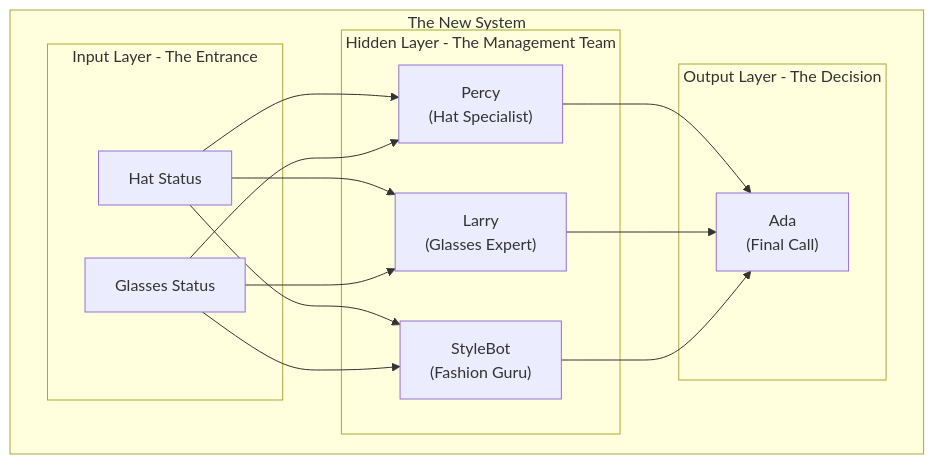
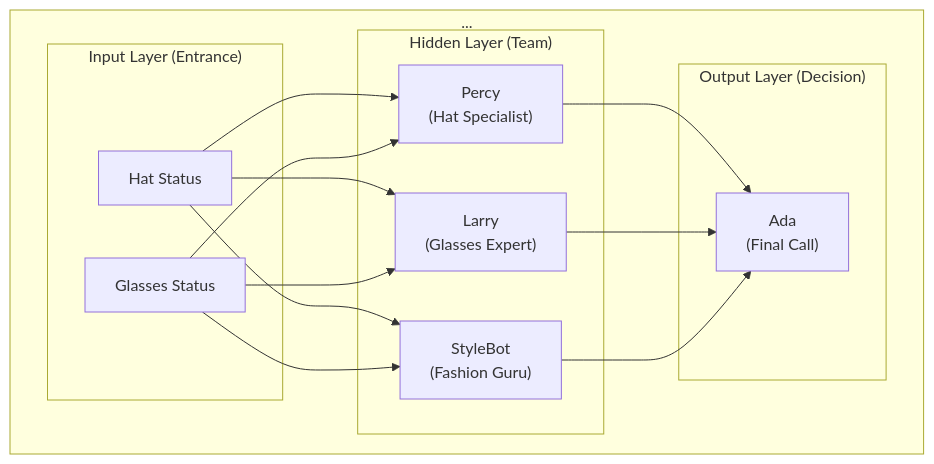
Before and after one commit to leonvanbokhorst/neural-net-backpropagation: the second of 3 diagrams in README.md, drawn with Mermaid.

Commit message:
Revise README.md: Spruced up the neural network diagram with snazzy new labels for layers, making it easier for our Padawans to navigate the cosmic chaos of The XOR Club!

````diff
--- a/README.md
+++ b/README.md
@@ -70,23 +70,23 @@
 ```mermaid
 graph TD
-    subgraph "The New System"
-        subgraph "Input Layer - The Entrance"
+    subgraph "..."
+        subgraph "Input Layer (Entrance)"
             I1["Hat Status"]
             I2["Glasses Status"]
         end
 
-        subgraph "Hidden Layer - The Management Team"
+        subgraph "Hidden Layer (Team)"
             H1["Percy<br/>(Hat Specialist)"]
             H2["Larry<br/>(Glasses Expert)"]
             H3["StyleBot<br/>(Fashion Guru)"]
         end
 
-        subgraph "Output Layer - The Decision"
+        subgraph "Output Layer (Decision)"
             O1["Ada<br/>(Final Call)"]
         end
 
         I1 --> H1; I1 --> H2; I1 --> H3
         I2 --> H1; I2 --> H2; I2 --> H3
         H1 --> O1; H2 --> O1; H3 --> O1
     end
 ```
````
